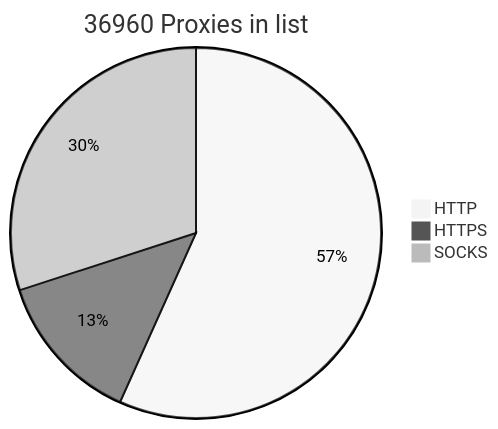
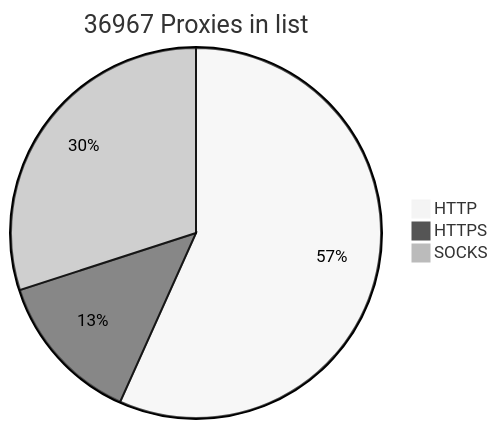
The diagram in README.md (BlackSnowDot/proxylist-update-every-minute), drawn with Mermaid (neutral theme) before and after one commit.

````diff
--- a/README.md
+++ b/README.md
@@ -2,6 +2,6 @@
 ```mermaid
-pie title 36960 Proxies in list
-    "HTTP" : 23303
-    "HTTPS": 5458
+pie title 36967 Proxies in list
+    "HTTP" : 23307
+    "HTTPS": 5462
     "SOCKS" : 12323
 ```
````
